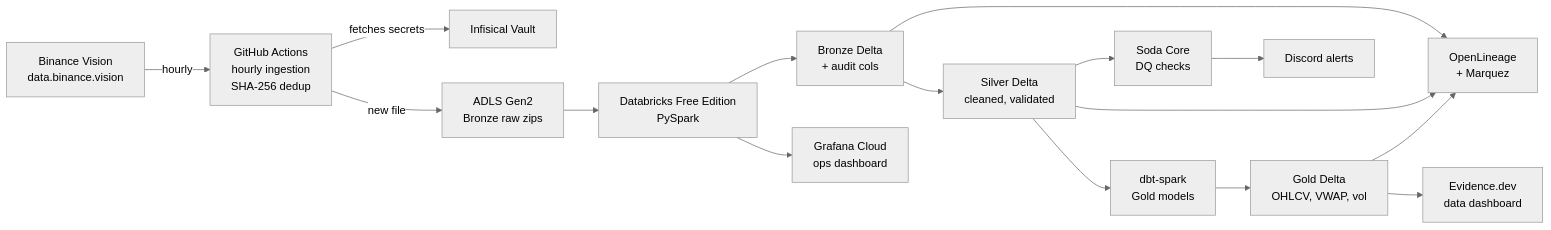
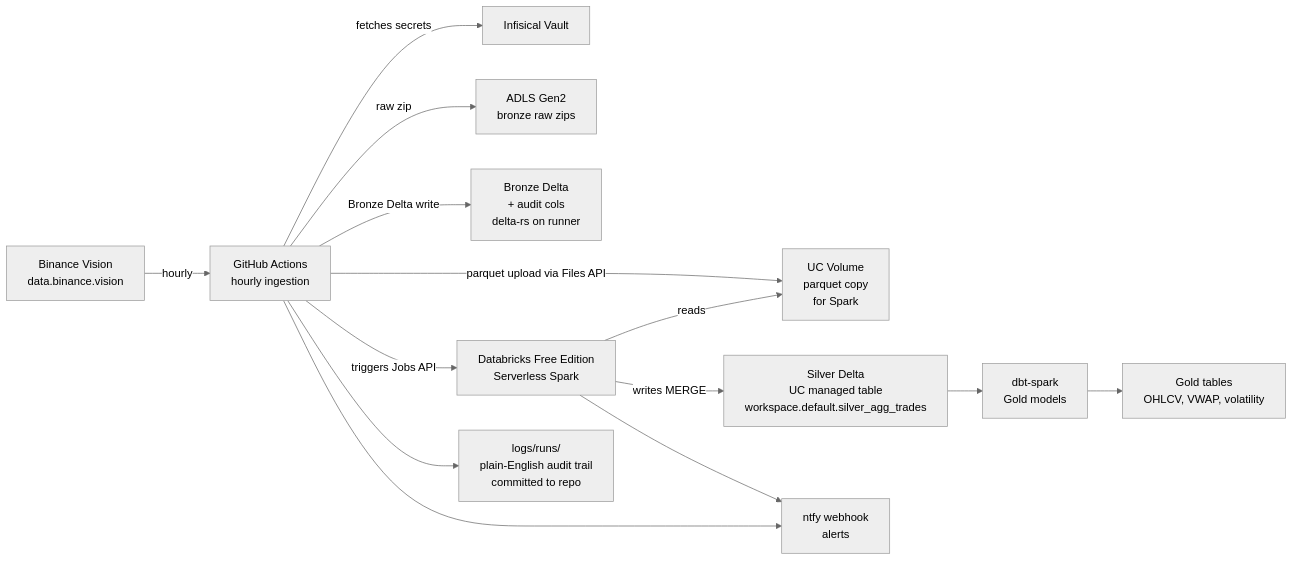
The diagram in README.md (Tharindi-W/tickstream-lakehouse), drawn with Mermaid (neutral theme) before and after one commit. The commit also changed other lines of this file, not shown here.

````diff
--- a/README.md
+++ b/README.md
@@ -16,33 +47,29 @@
 ```mermaid
 flowchart LR
     A[Binance Vision<br/>data.binance.vision]
-    B[GitHub Actions<br/>hourly ingestion<br/>SHA-256 dedup]
+    B[GitHub Actions<br/>hourly ingestion]
     O[Infisical Vault]
-    D[ADLS Gen2<br/>Bronze raw zips]
-    E[Databricks Free Edition<br/>PySpark]
-    F[Bronze Delta<br/>+ audit cols]
-    G[Silver Delta<br/>cleaned, validated]
+    D[ADLS Gen2<br/>bronze raw zips]
+    F[Bronze Delta<br/>+ audit cols<br/>delta-rs on runner]
+    V[UC Volume<br/>parquet copy<br/>for Spark]
+    E[Databricks Free Edition<br/>Serverless Spark]
+    G[Silver Delta<br/>UC managed table<br/>workspace.default.silver_agg_trades]
     H[dbt-spark<br/>Gold models]
-    I[Gold Delta<br/>OHLCV, VWAP, vol]
-    J[Soda Core<br/>DQ checks]
-    K[Discord alerts]
-    M[Evidence.dev<br/>data dashboard]
-    N[Grafana Cloud<br/>ops dashboard]
-    P[OpenLineage<br/>+ Marquez]
+    I[Gold tables<br/>OHLCV, VWAP, volatility]
+    K[ntfy webhook<br/>alerts]
+    L[logs/runs/<br/>plain-English audit trail<br/>committed to repo]
 
     A -->|hourly| B
     B -->|fetches secrets| O
-    B -->|new file| D
-    D --> E
-    E --> F
-    F --> G
+    B -->|raw zip| D
+    B -->|Bronze Delta write| F
+    B -->|parquet upload via Files API| V
+    B -->|triggers Jobs API| E
+    E -->|reads| V
+    E -->|writes MERGE| G
     G --> H
     H --> I
-    G --> J
-    J --> K
-    F --> P
-    G --> P
-    I --> P
-    I --> M
-    E --> N
+    B --> L
+    B --> K
+    E --> K
 ```
````
